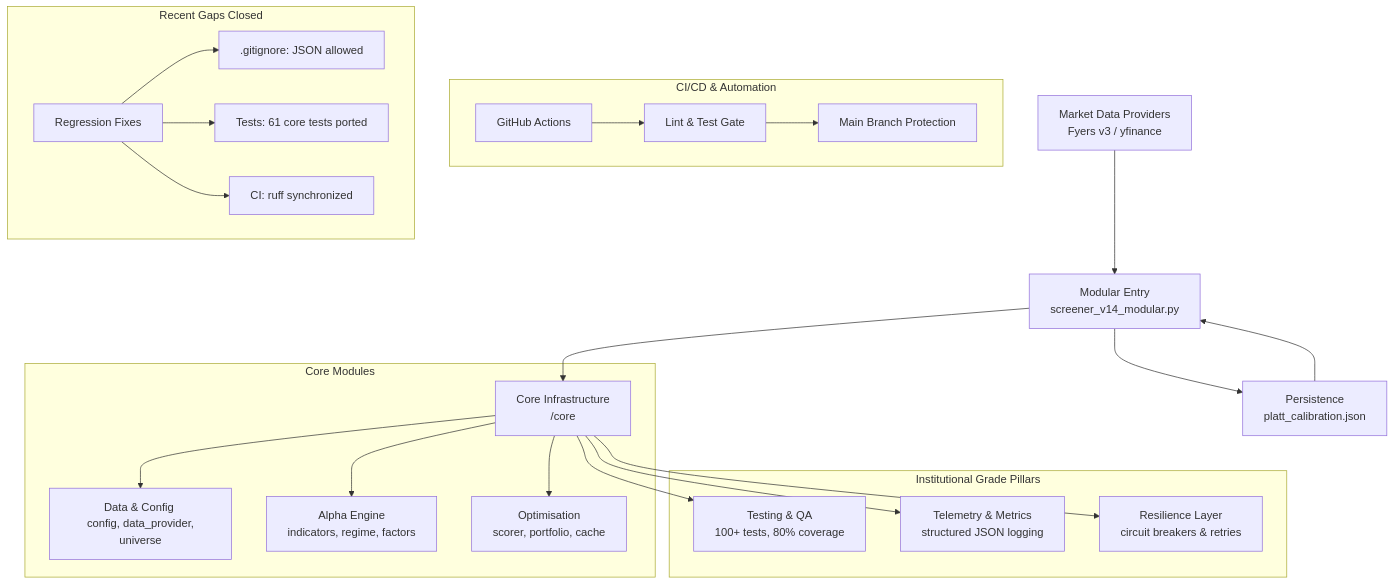
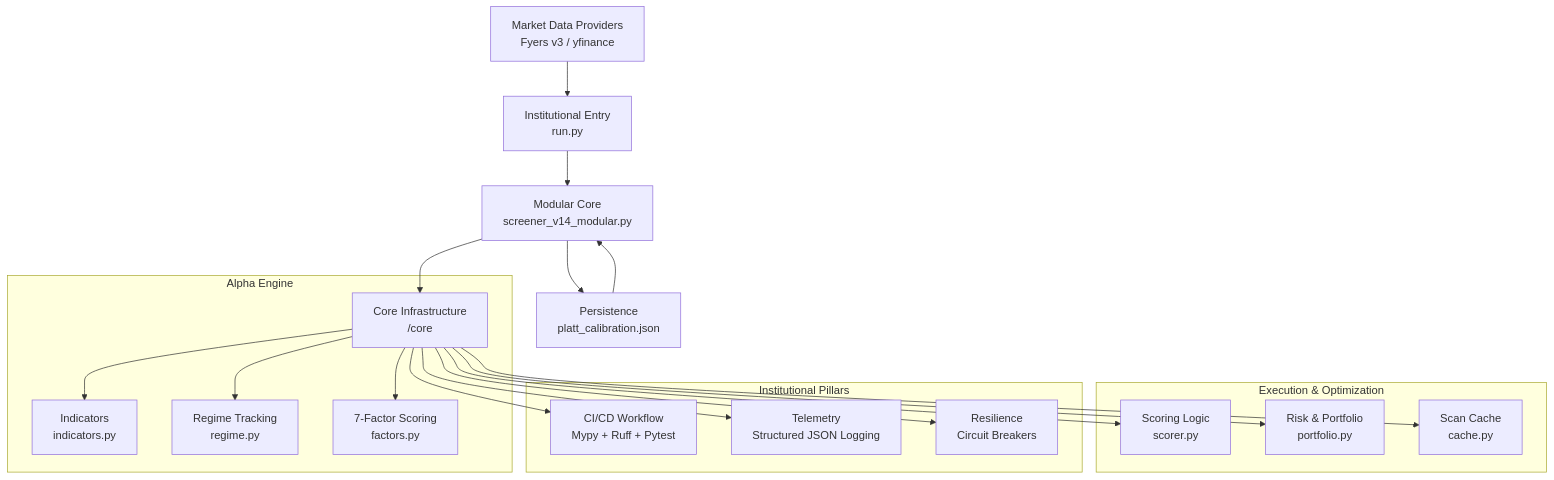
The diagram in README.md (jpechetty-debug/tradingscript), drawn with Mermaid before and after one commit. The commit also changed other lines of this file, not shown here.

Commit message:
Docs: Comprehensive README overhaul for v14.5-Modular production build

````diff
--- a/README.md
+++ b/README.md
@@ -14,31 +14,27 @@
 ```mermaid
 graph TD
-    A[Market Data Providers <br/> Fyers v3 / yfinance] --> B[Modular Entry <br/> screener_v14_modular.py]
-    B --> C[Core Infrastructure <br/> /core]
+    A[Market Data Providers <br/> Fyers v3 / yfinance] --> B[Institutional Entry <br/> run.py]
+    B --> B2[Modular Core <br/> screener_v14_modular.py]
+    B2 --> C[Core Infrastructure <br/> /core]
     
-    subgraph "Core Modules"
-        C --> D[Data & Config <br/> config, data_provider, universe]
-        C --> E[Alpha Engine <br/> indicators, regime, factors]
-        C --> F[Optimisation <br/> scorer, portfolio, cache]
+    subgraph "Alpha Engine"
+        C --> E[Indicators <br/> indicators.py]
+        C --> F[Regime Tracking <br/> regime.py]
+        C --> G[7-Factor Scoring <br/> factors.py]
     end
     
-    subgraph "Institutional Grade Pillars"
-        C --> H[Testing & QA <br/> 100+ tests, 80% coverage]
-        C --> I[Telemetry & Metrics <br/> structured JSON logging]
-        C --> J[Resilience Layer <br/> circuit breakers & retries]
+    subgraph "Execution & Optimization"
+        C --> H[Scoring Logic <br/> scorer.py]
+        C --> I[Risk & Portfolio <br/> portfolio.py]
+        C --> J[Scan Cache <br/> cache.py]
     end
     
-    subgraph "CI/CD & Automation"
-        K[GitHub Actions] --> L[Lint & Test Gate]
-        L --> M[Main Branch Protection]
+    subgraph "Institutional Pillars"
+        C --> K[CI/CD Workflow <br/> Mypy + Ruff + Pytest]
+        C --> L[Telemetry <br/> Structured JSON Logging]
+        C --> M[Resilience <br/> Circuit Breakers]
     end
     
-    B --> G[Persistence <br/> platt_calibration.json]
-    G --> B
-    
-    subgraph "Recent Gaps Closed"
-        N[Regression Fixes] --> O[.gitignore: JSON allowed]
-        N --> P[Tests: 61 core tests ported]
-        N --> Q[CI: ruff synchronized]
-    end
+    B2 --> N[Persistence <br/> platt_calibration.json]
+    N --> B2
 ```
````
